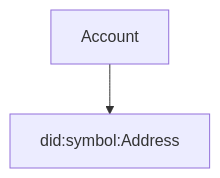
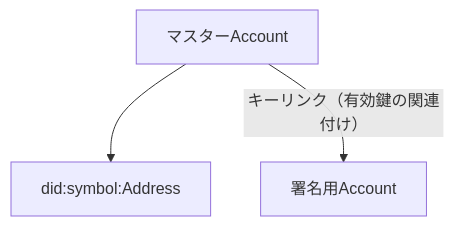
Before and after one commit to nemnesia/symbol-sign-on: the second of 3 diagrams in concept-paper.md, drawn with Mermaid. The commit also changed other lines of this file, not shown here.

````diff
--- a/concept-paper.md
+++ b/concept-paper.md
@@ -93,6 +109,8 @@
 ```mermaid
 graph TD
-   Account[Account]
+   ArchiveAccount[マスターAccount]
+   OperationAccount[署名用Account]
    did[did:symbol:Address]
-   Account --> did
+   ArchiveAccount --> did
+   ArchiveAccount -- キーリンク（有効鍵の関連付け） --> OperationAccount
 ```
````
